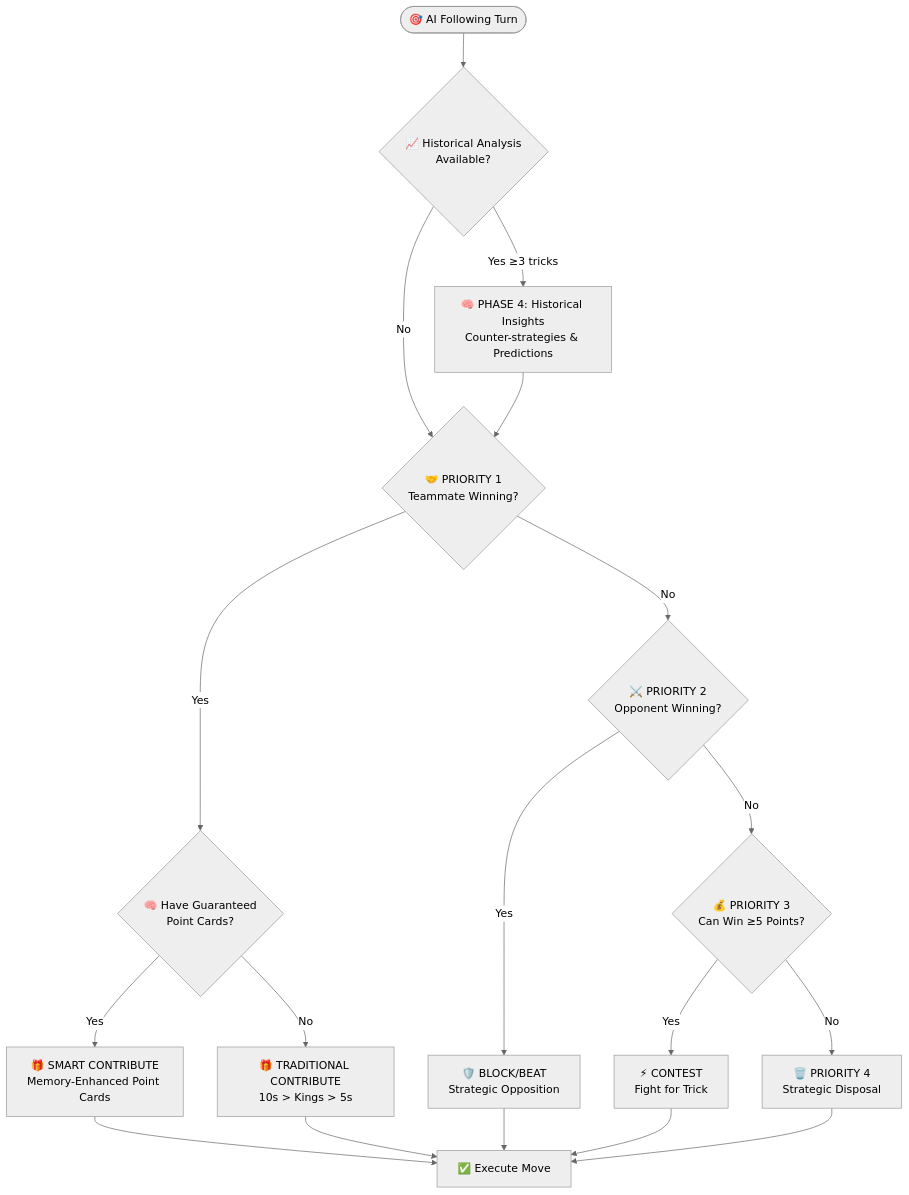
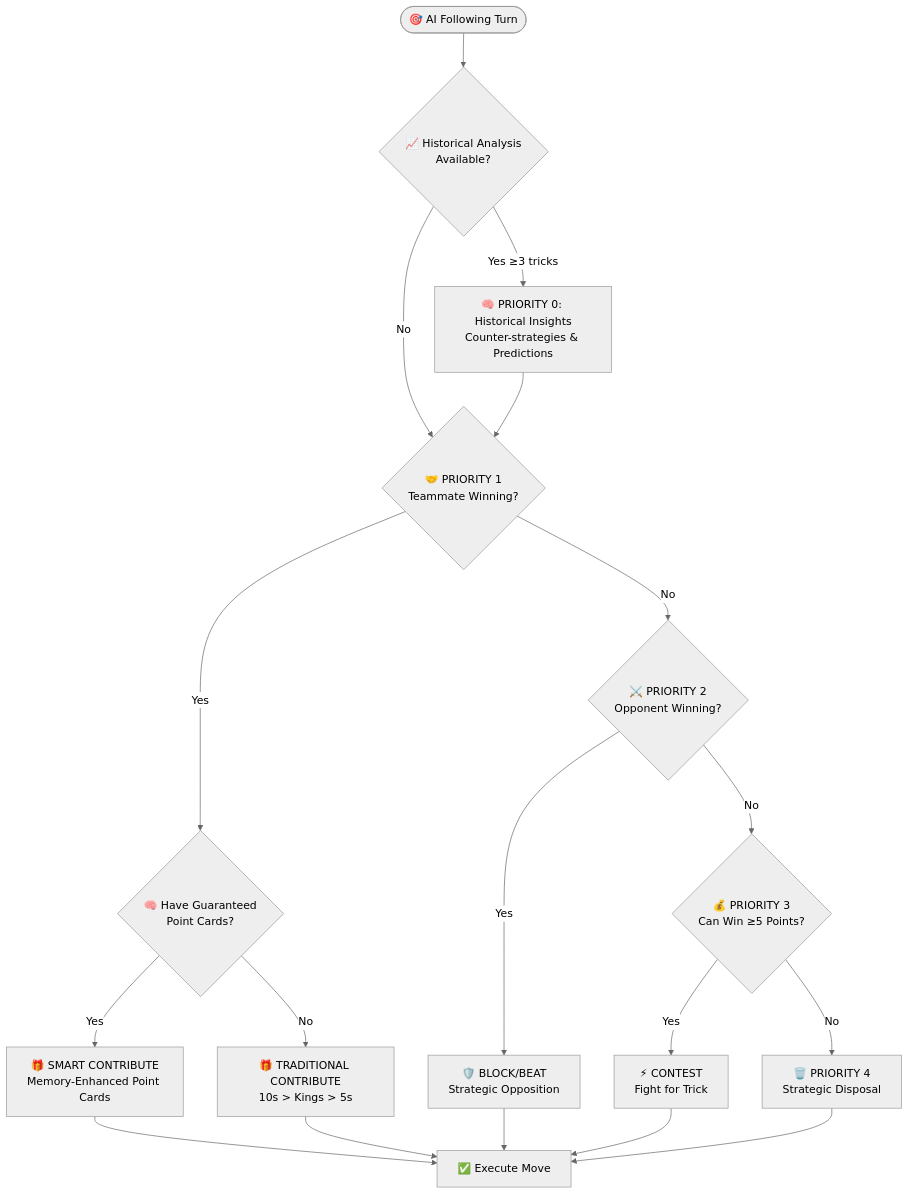
One commit to ejfn/Tractor changed the first of 6 diagrams in docs/AI_SYSTEM.md. Above: the diagram before and after it, drawn with Mermaid (neutral theme). The commit also changed other lines of this file and 1 other file, not shown here.

````diff
--- a/docs/AI_SYSTEM.md
+++ b/docs/AI_SYSTEM.md
@@ -44,23 +24,23 @@
 ```mermaid
 flowchart TD
     Start([🎯 AI Following Turn]) --> Historical{📈 Historical Analysis<br/>Available?}
-    Historical -->|Yes ≥3 tricks| Phase4[🧠 PHASE 4: Historical Insights<br/>Counter-strategies & Predictions]
+    Historical -->|Yes ≥3 tricks| Phase4[🧠 PRIORITY 0: Historical Insights<br/>Counter-strategies & Predictions]
     Historical -->|No| P1{🤝 PRIORITY 1<br/>Teammate Winning?}
     
     Phase4 --> P1
     P1 -->|Yes| Memory{🧠 Have Guaranteed<br/>Point Cards?}
     Memory -->|Yes| SmartContribute[🎁 SMART CONTRIBUTE<br/>Memory-Enhanced Point Cards]
     Memory -->|No| Contribute[🎁 TRADITIONAL CONTRIBUTE<br/>10s > Kings > 5s]
     
     P1 -->|No| P2{⚔️ PRIORITY 2<br/>Opponent Winning?}
     P2 -->|Yes| Block[🛡️ BLOCK/BEAT<br/>Strategic Opposition]
     P2 -->|No| P3{💰 PRIORITY 3<br/>Can Win ≥5 Points?}
     P3 -->|Yes| Contest[⚡ CONTEST<br/>Fight for Trick]
     P3 -->|No| P4[🗑️ PRIORITY 4<br/>Strategic Disposal]
     
     SmartContribute --> Execute[✅ Execute Move]
     Contribute --> Execute
     Block --> Execute
     Contest --> Execute
     P4 --> Execute
 ```
````
